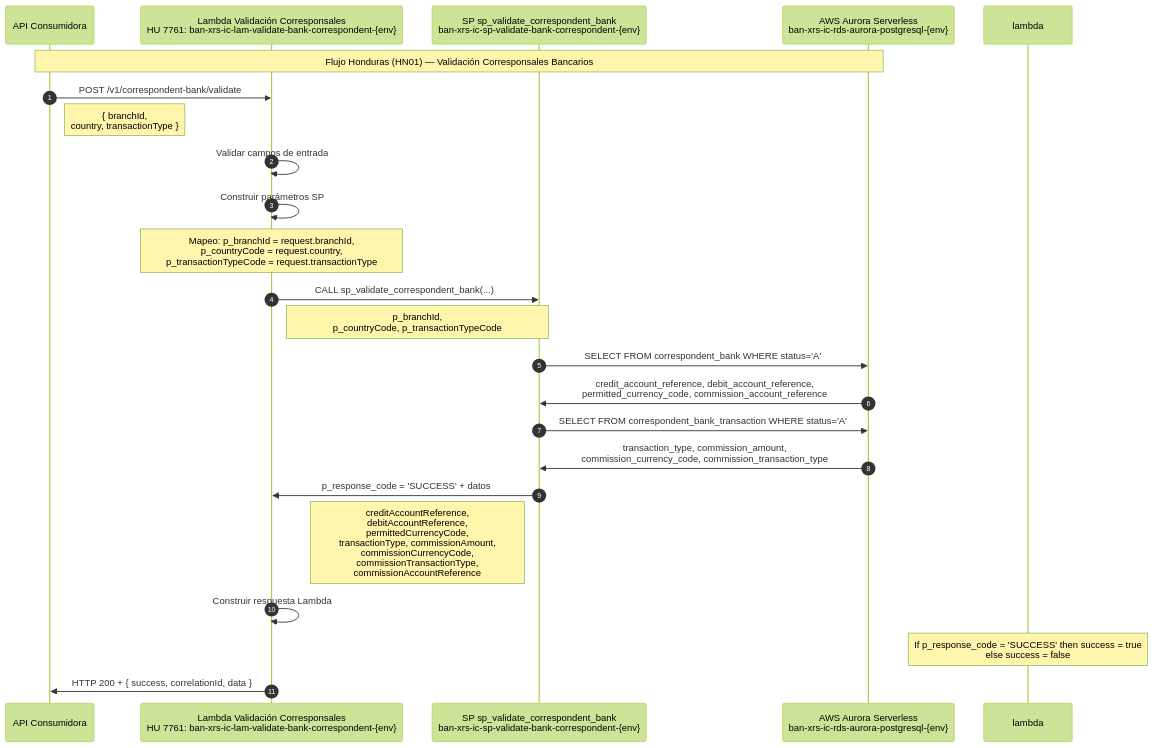
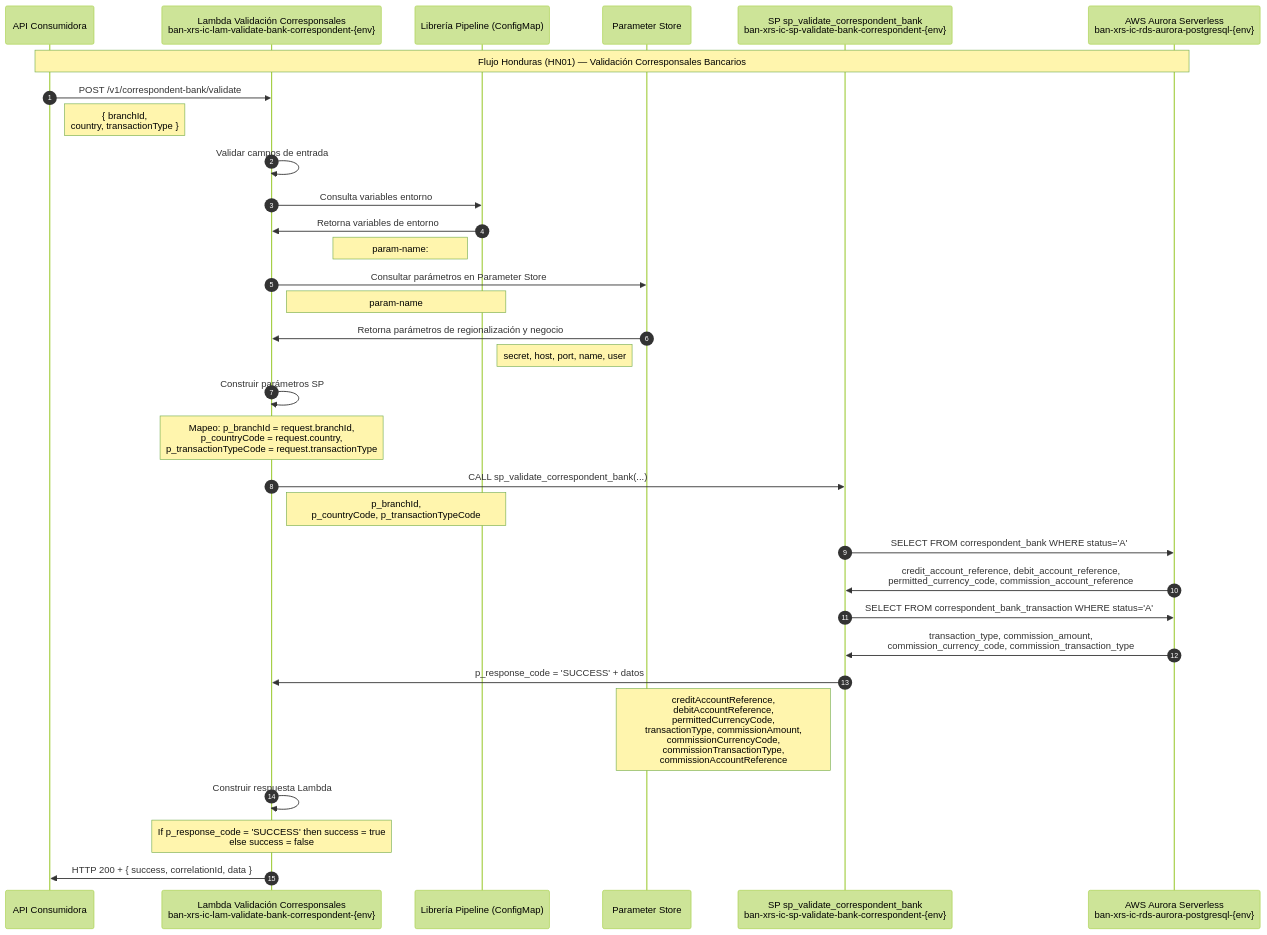
One commit to jmolano10/ficohsa-capa-media changed the diagram in ZMigrationFeature/PagoPrestamo/TO-BE-7761-lambda-04-Secuencia-HN01.mmd. Above: the diagram before and after it, drawn with Mermaid (forest theme). The commit also changed 1 other file, not shown here.

```diff
--- a/ZMigrationFeature/PagoPrestamo/TO-BE-7761-lambda-04-Secuencia-HN01.mmd
+++ b/ZMigrationFeature/PagoPrestamo/TO-BE-7761-lambda-04-Secuencia-HN01.mmd
@@ -1,35 +1,48 @@
 sequenceDiagram
     autonumber
     participant API as API Consumidora
-    participant Lambda as Lambda Validación Corresponsales <br/> HU 7761: ban-xrs-ic-lam-validate-bank-correspondent-{env}
+    participant Lambda as Lambda Validación Corresponsales<br/>ban-xrs-ic-lam-validate-bank-correspondent-{env}
+    participant Lib as Librería Pipeline (ConfigMap)
+    participant parameter as Parameter Store
     participant SP as SP sp_validate_correspondent_bank<br/>ban-xrs-ic-sp-validate-bank-correspondent-{env}
     participant Aurora as AWS Aurora Serverless<br/>ban-xrs-ic-rds-aurora-postgresql-{env}
 
     Note over API, Aurora: Flujo Honduras (HN01) — Validación Corresponsales Bancarios
 
     API->>Lambda: POST /v1/correspondent-bank/validate
     Note right of API: { branchId,<br/> country, transactionType }
 
     Lambda->>Lambda: Validar campos de entrada
+
+    Lambda->>Lib: Consulta variables entorno
+
+    Lib->>Lambda: Retorna variables de entorno
+    Note left of Lib: param-name: 
+
+    Lambda->>parameter: Consultar parámetros en Parameter Store
+    Note right of Lambda: param-name
+
+    parameter->>Lambda: Retorna parámetros de regionalización y negocio
+    Note left of parameter: secret, host, port, name, user 
 
     Lambda->>Lambda: Construir parámetros SP
     Note over Lambda:Mapeo: p_branchId = request.branchId, <br> p_countryCode = request.country, <br> p_transactionTypeCode = request.transactionType
 
     Lambda->>SP: CALL sp_validate_correspondent_bank(...)
     Note right of Lambda: p_branchId,<br/> p_countryCode, p_transactionTypeCode
 
     SP->>Aurora: SELECT FROM correspondent_bank WHERE status='A'
 
     Aurora->>SP: credit_account_reference, debit_account_reference,<br/> permitted_currency_code, commission_account_reference
 
     SP->>Aurora: SELECT FROM correspondent_bank_transaction WHERE status='A'
 
     Aurora->>SP: transaction_type, commission_amount,<br/> commission_currency_code, commission_transaction_type
 
     SP->>Lambda: p_response_code = 'SUCCESS' + datos
     Note left of SP: creditAccountReference,<br/> debitAccountReference,<br/> permittedCurrencyCode,<br/> transactionType, commissionAmount,<br/> commissionCurrencyCode,<br/> commissionTransactionType,<br/> commissionAccountReference
 
-    Lambda->>Lambda: Construir respuesta Lambda 
-    Note over lambda:  If p_response_code = 'SUCCESS' then success = true <br> else success = false
+    Lambda->>Lambda: Construir respuesta Lambda
+    Note over Lambda:  If p_response_code = 'SUCCESS' then success = true <br> else success = false
 
     Lambda->>API: HTTP 200 + { success, correlationId, data }
```
